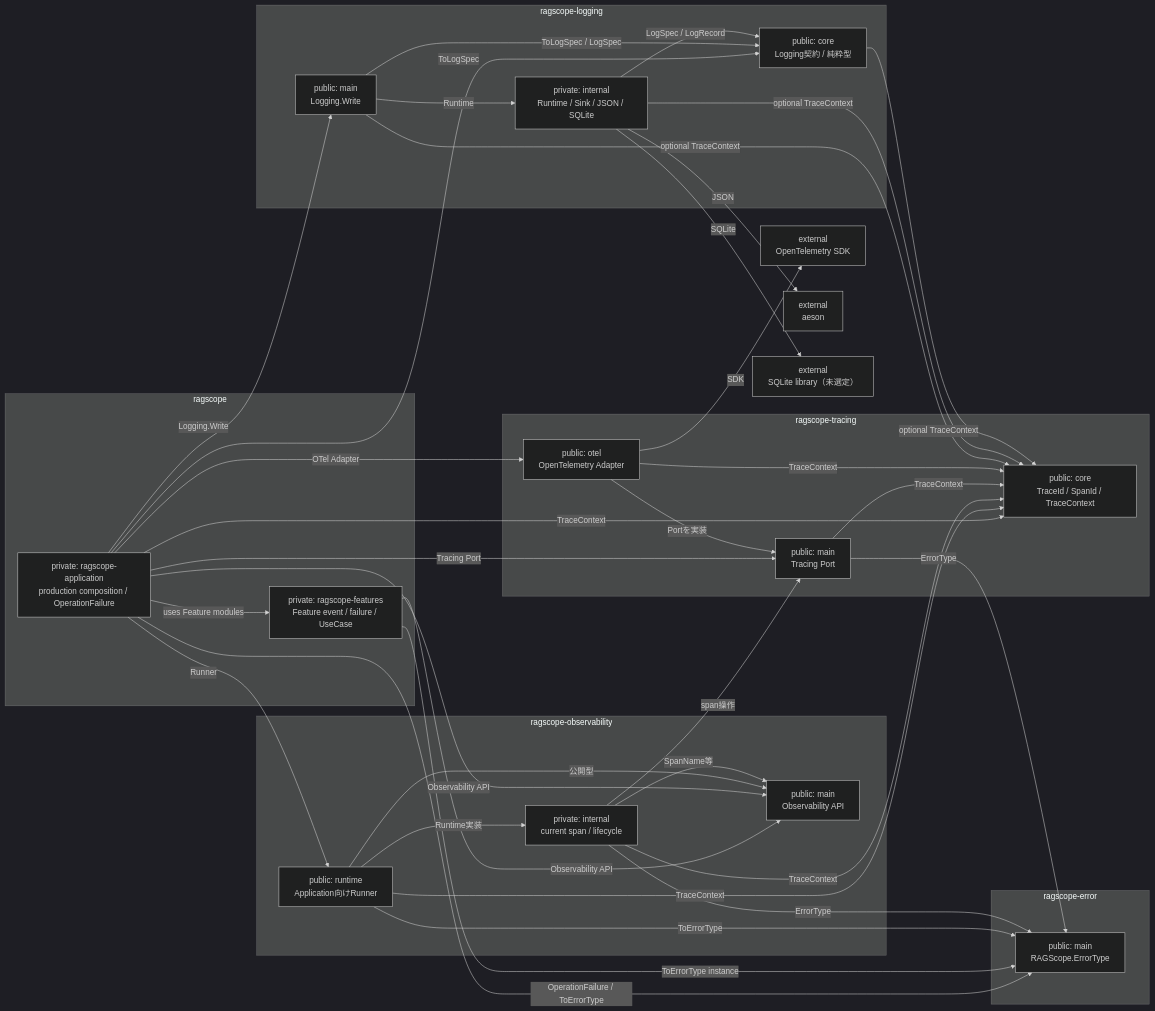
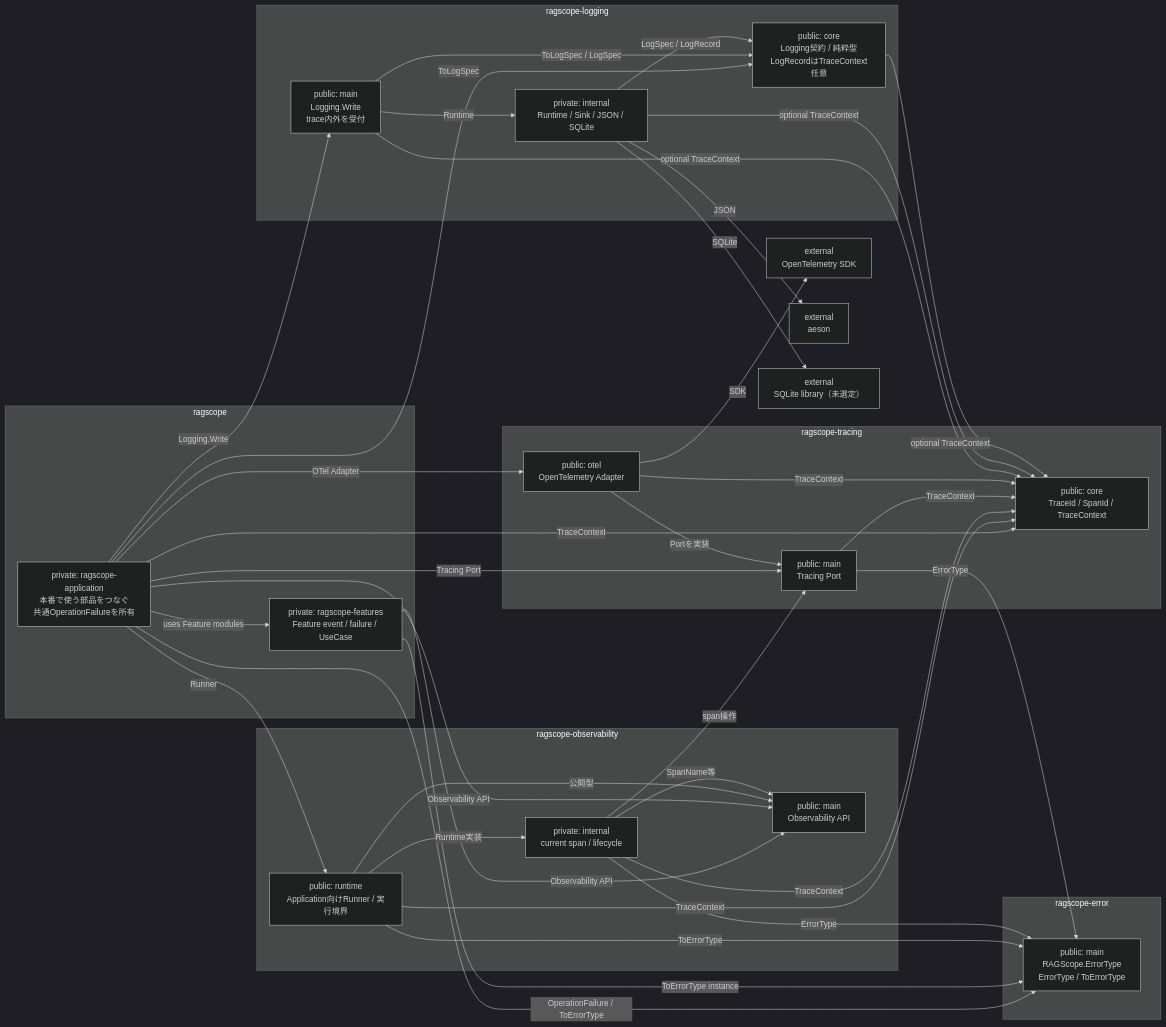
Before and after one commit to takashit16833/Workbench: the diagram in Notes/RAGScope/RAGScopeアプリケーション/実行追跡・構造化ログ静的依存図.md, drawn with Mermaid (dark theme). The commit also changed other lines of this file and 5 other files, not shown here.

Commit message:
docs: restore details in Mermaid diagrams

````diff
--- a/Notes/RAGScope/RAGScopeアプリケーション/実行追跡・構造化ログ静的依存図.md
+++ b/Notes/RAGScope/RAGScopeアプリケーション/実行追跡・構造化ログ静的依存図.md
@@ -24,71 +26,71 @@
 ```mermaid
 flowchart LR
     subgraph pkg_ragscope["ragscope"]
         features["private: ragscope-features<br/>Feature event / failure / UseCase"]
-        application["private: ragscope-application<br/>production composition / OperationFailure"]
+        application["private: ragscope-application<br/>本番で使う部品をつなぐ<br/>共通OperationFailureを所有"]
     end
 
     subgraph pkg_error["ragscope-error"]
-        error_main["public: main<br/>RAGScope.ErrorType"]
+        error_main["public: main<br/>RAGScope.ErrorType<br/>ErrorType / ToErrorType"]
     end
 
     subgraph pkg_obs["ragscope-observability"]
         obs_main["public: main<br/>Observability API"]
-        obs_runtime["public: runtime<br/>Application向けRunner"]
+        obs_runtime["public: runtime<br/>Application向けRunner / 実行境界"]
         obs_internal["private: internal<br/>current span / lifecycle"]
     end
 
     subgraph pkg_tracing["ragscope-tracing"]
         trace_main["public: main<br/>Tracing Port"]
         trace_otel["public: otel<br/>OpenTelemetry Adapter"]
         trace_core["public: core<br/>TraceId / SpanId / TraceContext"]
     end
 
     subgraph pkg_logging["ragscope-logging"]
-        log_core["public: core<br/>Logging契約 / 純粋型"]
-        log_main["public: main<br/>Logging.Write"]
+        log_core["public: core<br/>Logging契約 / 純粋型<br/>LogRecordはTraceContext任意"]
+        log_main["public: main<br/>Logging.Write<br/>trace内外を受付"]
         log_internal["private: internal<br/>Runtime / Sink / JSON / SQLite"]
     end
 
     otel_sdk["external<br/>OpenTelemetry SDK"]
     aeson["external<br/>aeson"]
     sqlite_lib["external<br/>SQLite library（未選定）"]
 
     application -->|uses Feature modules| features
     application -->|OperationFailure / ToErrorType| error_main
     features -->|Observability API| obs_main
     features -->|ToErrorType instance| error_main
 
     application -->|Observability API| obs_main
     application -->|Runner| obs_runtime
     application -->|Logging.Write| log_main
     application -->|ToLogSpec| log_core
     application -->|Tracing Port| trace_main
     application -->|TraceContext| trace_core
     application -->|OTel Adapter| trace_otel
 
     obs_runtime -->|Runtime実装| obs_internal
     obs_runtime -->|公開型| obs_main
     obs_runtime -->|TraceContext| trace_core
     obs_runtime -->|ToErrorType| error_main
 
     obs_internal -->|SpanName等| obs_main
     obs_internal -->|span操作| trace_main
     obs_internal -->|TraceContext| trace_core
     obs_internal -->|ErrorType| error_main
 
     trace_main -->|TraceContext| trace_core
     trace_main -->|ErrorType| error_main
     trace_otel -->|Portを実装| trace_main
     trace_otel -->|TraceContext| trace_core
     trace_otel -->|SDK| otel_sdk
 
     log_main -->|Runtime| log_internal
     log_main -->|ToLogSpec / LogSpec| log_core
     log_main -->|optional TraceContext| trace_core
     log_internal -->|LogSpec / LogRecord| log_core
     log_internal -->|optional TraceContext| trace_core
     log_internal -->|JSON| aeson
     log_internal -->|SQLite| sqlite_lib
     log_core -->|optional TraceContext| trace_core
 ```
````
